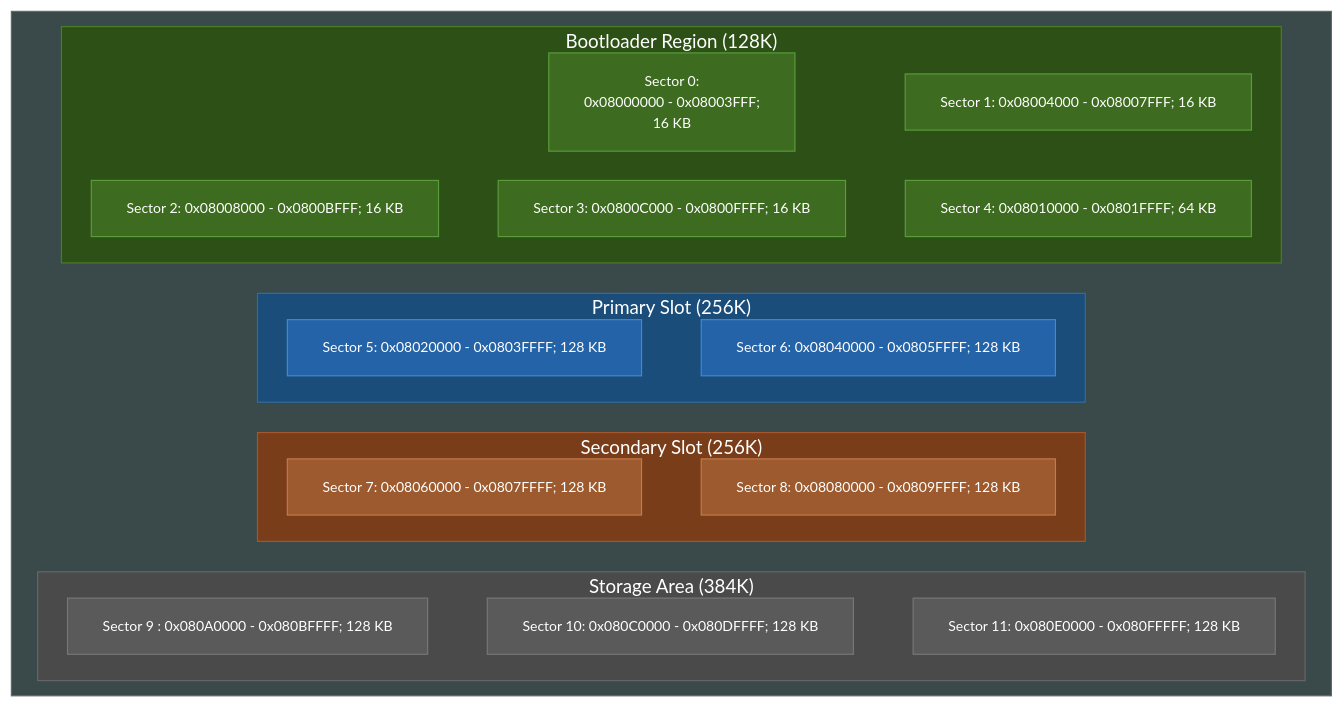
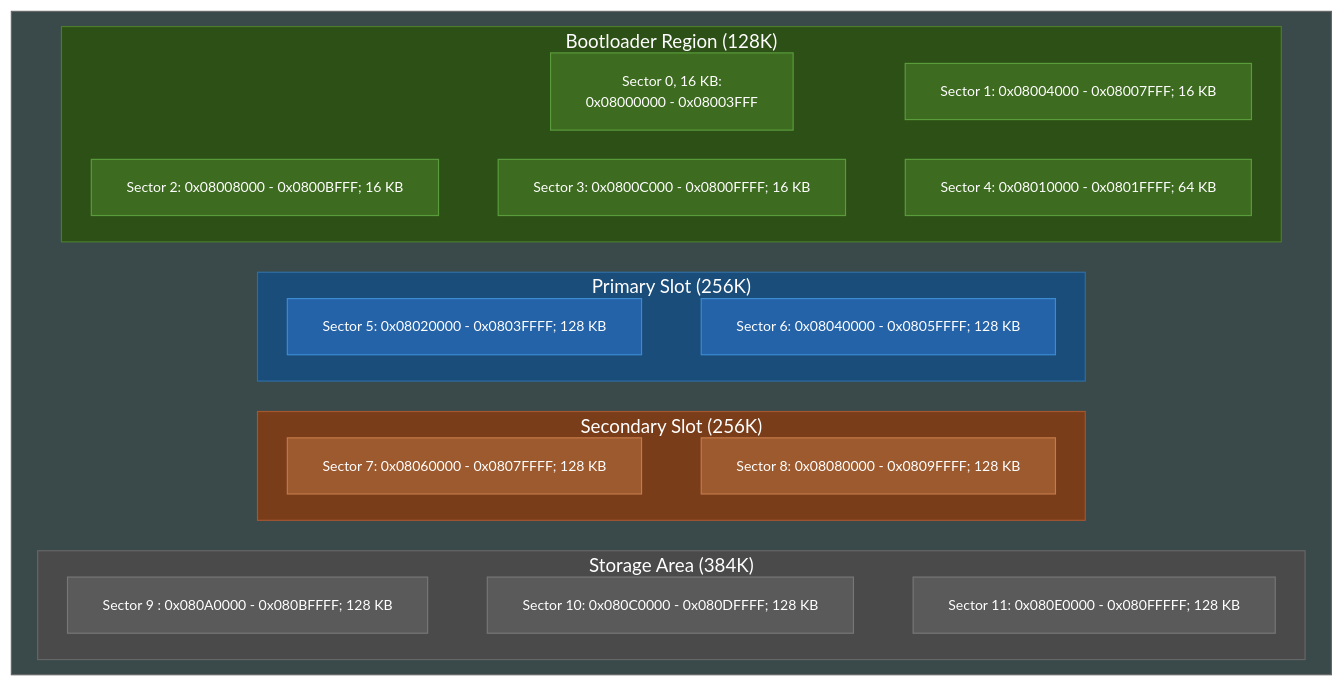
The diagram in README.md (EvgeniyGA/wicked_boot), drawn with Mermaid before and after one commit.

````diff
--- a/README.md
+++ b/README.md
@@ -17,61 +17,61 @@
 ```mermaid
 flowchart TB
 
     %%{init: {'flowchart': {'nodeSpacing': 25, 'rankSpacing': 1,'useMaxWidth': false}}}%%
     subgraph STM32F407[" "]
         direction TB
         
         subgraph BOOT["Bootloader Region (128K)"]
-            B1["Sector 0:</br>0x08000000 - 0x08003FFF;</br>16 KB"]
+            B1["Sector 0, 16 KB:</br>0x08000000 - 0x08003FFF"]
             B2["<nobr>Sector 1: 0x08004000 - 0x08007FFF; 16 KB</nobr>"]
             B3["<nobr>Sector 2: 0x08008000 - 0x0800BFFF; 16 KB</nobr>"]
             B4["<nobr>Sector 3: 0x0800C000 - 0x0800FFFF; 16 KB</nobr>"]
             B5["<nobr>Sector 4: 0x08010000 - 0x0801FFFF; 64 KB</nobr>"]
             B1 ~~~ B2
             B3 ~~~ B4
 			B4 ~~~ B5
         end
         
         subgraph PRIMARY["Primary Slot (256K)"]
 			P1["<nobr>Sector 5: 0x08020000 - 0x0803FFFF; 128 KB</nobr>"]
 			P2["<nobr>Sector 6: 0x08040000 - 0x0805FFFF; 128 KB</nobr>"]
 			P1 ~~~ P2
         end
         
         subgraph SECONDARY["Secondary Slot (256K)"]
 			S1["<nobr>Sector 7: 0x08060000 - 0x0807FFFF; 128 KB</nobr>"]
 			S2["<nobr>Sector 8: 0x08080000 - 0x0809FFFF; 128 KB</nobr>"]
 			S1 ~~~ S2
         end
         
         subgraph SCRATCH["Storage Area (384K)"]
             SC1["<nobr>Sector 9 : 0x080A0000 - 0x080BFFFF; 128 KB</nobr>"]
 			SC2["<nobr>Sector 10: 0x080C0000 - 0x080DFFFF; 128 KB</nobr>"]
 			SC3["<nobr>Sector 11: 0x080E0000 - 0x080FFFFF; 128 KB</nobr>"]
 			SC1 ~~~ SC2
 			SC2 ~~~ SC3
         end
 
         BOOT ~~~ PRIMARY
         PRIMARY ~~~ SECONDARY
         SECONDARY ~~~ SCRATCH
     end
 
     style STM32F407 fill:#3a4a4a,stroke:#666,stroke-width:1px,color:#fff
     style BOOT fill:#2d5016,stroke:#4a7c2c,stroke-width:1px,color:#fff
     style PRIMARY fill:#1a4d7a,stroke:#2e6da4,stroke-width:1px,color:#fff
     style SECONDARY fill:#7a3d1a,stroke:#a4562e,stroke-width:1px,color:#fff
     style SCRATCH fill:#4a4a4a,stroke:#666,stroke-width:1px,color:#fff
     style B1 fill:#3d6b1f,stroke:#5a9c3c,stroke-width:1px,color:#fff,font-size:12px
     style B2 fill:#3d6b1f,stroke:#5a9c3c,stroke-width:1px,color:#fff,font-size:12px
     style B3 fill:#3d6b1f,stroke:#5a9c3c,stroke-width:1px,color:#fff,font-size:12px
     style B4 fill:#3d6b1f,stroke:#5a9c3c,stroke-width:1px,color:#fff,font-size:12px
     style B5 fill:#3d6b1f,stroke:#5a9c3c,stroke-width:1px,color:#fff,font-size:12px
     style P1 fill:#2563a8,stroke:#3d8ad4,stroke-width:1px,color:#fff,font-size:12px
     style P2 fill:#2563a8,stroke:#3d8ad4,stroke-width:1px,color:#fff,font-size:12px
     style S1 fill:#9c5a2e,stroke:#c47a4a,stroke-width:1px,color:#fff,font-size:12px
     style S2 fill:#9c5a2e,stroke:#c47a4a,stroke-width:1px,color:#fff,font-size:12px
     style SC1 fill:#5a5a5a,stroke:#777,stroke-width:1px,color:#fff,font-size:12px
     style SC2 fill:#5a5a5a,stroke:#777,stroke-width:1px,color:#fff,font-size:12px
     style SC3 fill:#5a5a5a,stroke:#777,stroke-width:1px,color:#fff,font-size:12px
 ```
````
